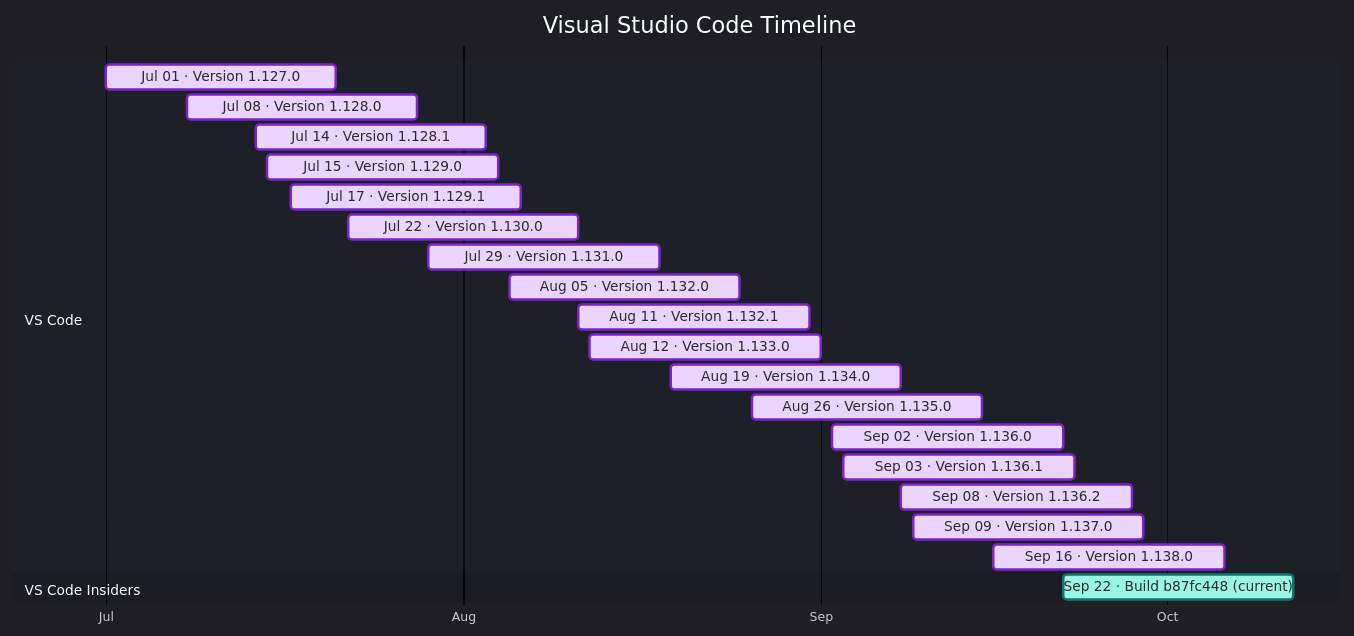
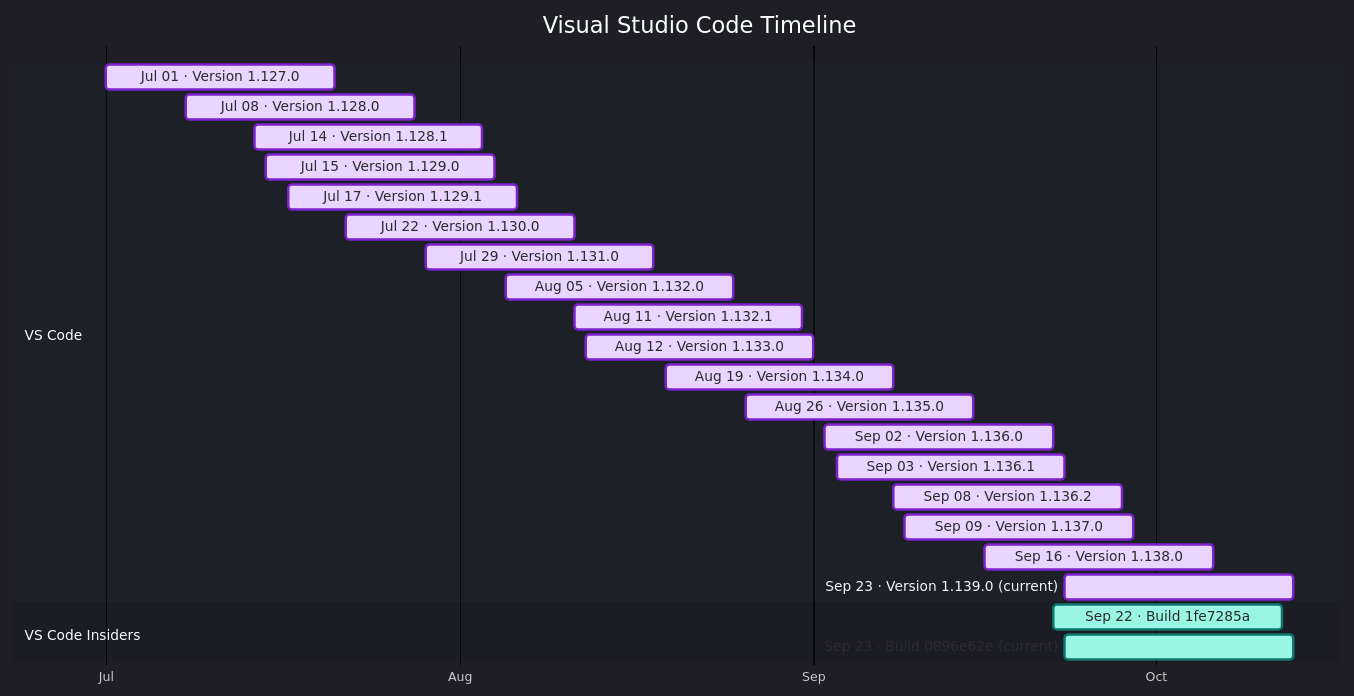
The diagram in docs/vscode.md (Oxelya-DevTools/VisualStudioUpdate), drawn with Mermaid before and after one commit. The commit also changed other lines of this file and 3 other files, not shown here.

````diff
--- a/docs/vscode.md
+++ b/docs/vscode.md
@@ -9,28 +9,30 @@
 ```mermaid
 %%{init: {'theme':'dark','themeVariables': { 'fontFamily': 'Segoe UI', 'fontSize': '24px', 'textColor': '#F3F4F6', 'titleTextColor': '#FFFFFF', 'taskTextColor': '#111827', 'taskTextLightColor': '#111827', 'taskTextOutsideColor': '#F3F4F6', 'taskBkgColor': '#BAE6FD', 'taskBorderColor': '#0369A1', 'doneTaskBkgColor': '#E9D5FF', 'doneTaskBorderColor': '#7E22CE', 'activeTaskBkgColor': '#99F6E4', 'activeTaskBorderColor': '#0F766E', 'critTaskBkgColor': '#FED7AA', 'critTaskBorderColor': '#C2410C', 'sectionBkgColor': '#1F2937', 'altSectionBkgColor': '#111827', 'gridColor': '#4B5563', 'todayLineColor': '#F87171' }}}%%
 gantt
     title Visual Studio Code Timeline
     dateFormat  YYYY-MM-DD
     axisFormat  %b
     tickInterval 1month
     section VS Code
     Jul 01 · Version 1.127.0 : done, vscode202607010, 2026-07-01, 20d
     Jul 08 · Version 1.128.0 : done, vscode202607081, 2026-07-08, 20d
     Jul 14 · Version 1.128.1 : done, vscode202607142, 2026-07-14, 20d
     Jul 15 · Version 1.129.0 : done, vscode202607153, 2026-07-15, 20d
     Jul 17 · Version 1.129.1 : done, vscode202607174, 2026-07-17, 20d
     Jul 22 · Version 1.130.0 : done, vscode202607225, 2026-07-22, 20d
     Jul 29 · Version 1.131.0 : done, vscode202607296, 2026-07-29, 20d
     Aug 05 · Version 1.132.0 : done, vscode202608057, 2026-08-05, 20d
     Aug 11 · Version 1.132.1 : done, vscode202608118, 2026-08-11, 20d
     Aug 12 · Version 1.133.0 : done, vscode202608129, 2026-08-12, 20d
     Aug 19 · Version 1.134.0 : done, vscode2026081910, 2026-08-19, 20d
     Aug 26 · Version 1.135.0 : done, vscode2026082611, 2026-08-26, 20d
     Sep 02 · Version 1.136.0 : done, vscode2026090212, 2026-09-02, 20d
     Sep 03 · Version 1.136.1 : done, vscode2026090313, 2026-09-03, 20d
     Sep 08 · Version 1.136.2 : done, vscode2026090814, 2026-09-08, 20d
     Sep 09 · Version 1.137.0 : done, vscode2026090915, 2026-09-09, 20d
     Sep 16 · Version 1.138.0 : done, vscode2026091616, 2026-09-16, 20d
+    Sep 23 · Version 1.139.0 (current) : done, vscode2026092317, 2026-09-23, 20d
     section VS Code Insiders
-    Sep 22 · Build b87fc448 (current) : active, vscodeinsiders202609220, 2026-09-22, 20d
+    Sep 22 · Build 1fe7285a : active, vscodeinsiders202609220, 2026-09-22, 20d
+    Sep 23 · Build 0896e62e (current) : active, vscodeinsiders202609231, 2026-09-23, 20d
 ```
````
